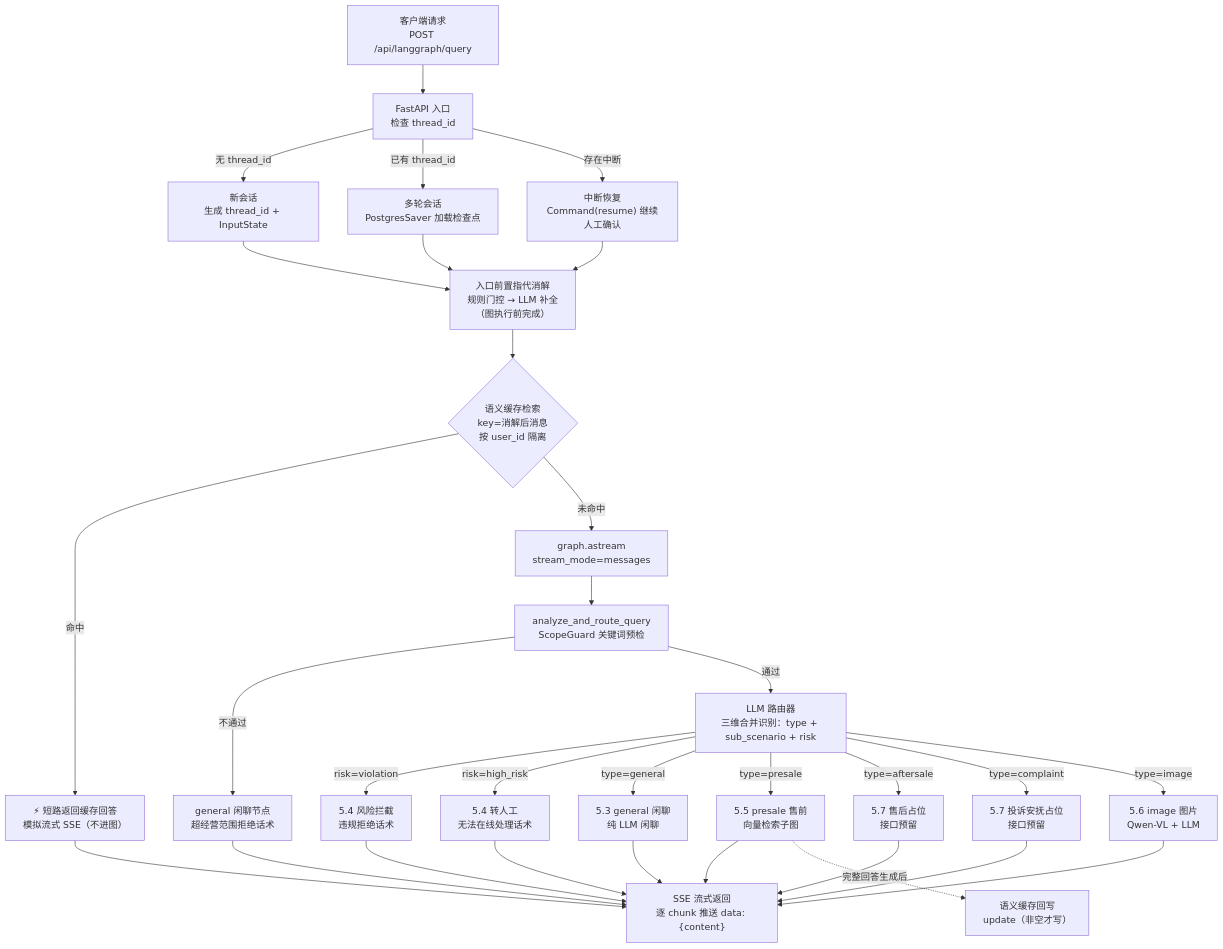
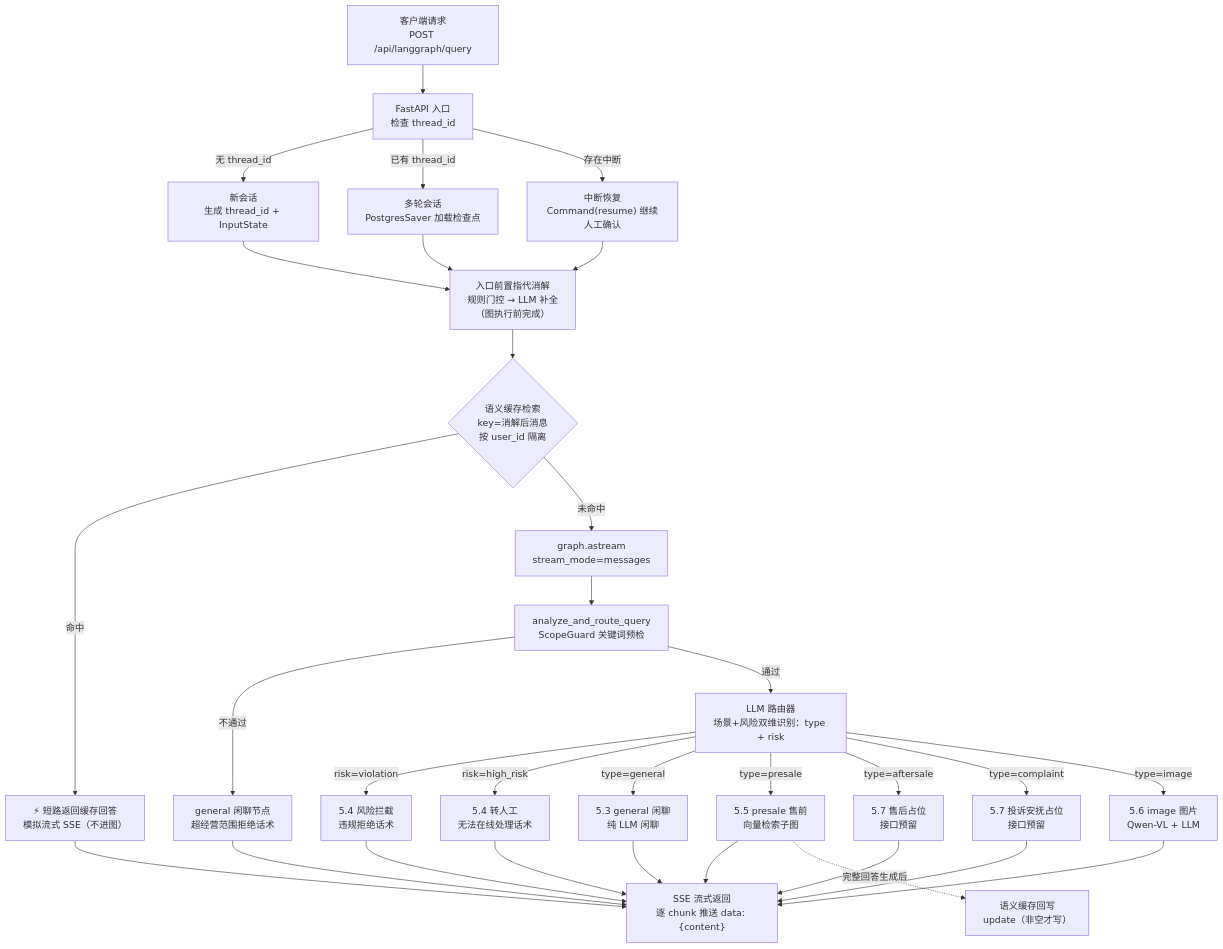
One commit to blowt16/SmartCS-Agent changed the seventh of 15 diagrams in docs/PROJECT_ANALYSIS.md. Above: the diagram before and after it, drawn with Mermaid. The commit also changed other lines of this file and 7 other files, not shown here.

First line of the commit message:
refactor: 移除 sub_scenario 维度（简化设计）——售后子场景判断下沉售后 Agent

````diff
--- a/docs/PROJECT_ANALYSIS.md
+++ b/docs/PROJECT_ANALYSIS.md
@@ -443,38 +442,38 @@
 ```mermaid
 flowchart TD
     C["客户端请求<br/>POST /api/langgraph/query"]
     C --> API["FastAPI 入口<br/>检查 thread_id"]
     API -->|"无 thread_id"| NEW["新会话<br/>生成 thread_id + InputState"]
     API -->|"已有 thread_id"| CTD["多轮会话<br/>PostgresSaver 加载检查点"]
     API -->|"存在中断"| RSM["中断恢复<br/>Command(resume) 继续人工确认"]
     NEW --> RESOLVE["入口前置指代消解<br/>规则门控 → LLM 补全<br/>（图执行前完成）"]
     CTD --> RESOLVE
     RSM --> RESOLVE
 
     RESOLVE --> CACHE{"语义缓存检索<br/>key=消解后消息<br/>按 user_id 隔离"}
     CACHE -->|"命中"| HIT["⚡ 短路返回缓存回答<br/>模拟流式 SSE（不进图）"]
     CACHE -->|"未命中"| STREAM["graph.astream<br/>stream_mode=messages"]
     HIT --> SSE
 
     STREAM --> SG["analyze_and_route_query<br/>ScopeGuard 关键词预检"]
     SG -->|"不通过"| GQ["general 闲聊节点<br/>超经营范围拒绝话术"]
-    SG -->|"通过"| RT["LLM 路由器<br/>三维合并识别：type + sub_scenario + risk"]
+    SG -->|"通过"| RT["LLM 路由器<br/>场景+风险双维识别：type + risk"]
 
     RT -->|"risk=violation"| RISK["5.4 风险拦截<br/>违规拒绝话术"]
     RT -->|"risk=high_risk"| TRANS["5.4 转人工<br/>无法在线处理话术"]
     RT -->|"type=general"| GEN["5.3 general 闲聊<br/>纯 LLM 闲聊"]
     RT -->|"type=presale"| KG["5.5 presale 售前<br/>向量检索子图"]
     RT -->|"type=aftersale"| PLACE["5.7 售后占位<br/>接口预留"]
     RT -->|"type=complaint"| PLACE2["5.7 投诉安抚占位<br/>接口预留"]
     RT -->|"type=image"| IMG["5.6 image 图片<br/>Qwen-VL + LLM"]
 
     GEN --> SSE["SSE 流式返回<br/>逐 chunk 推送 data: {content}"]
     RISK --> SSE
     TRANS --> SSE
     KG --> SSE
     PLACE --> SSE
     PLACE2 --> SSE
     IMG --> SSE
     GQ --> SSE
     KG -.->|"完整回答生成后"| WRITEBACK["语义缓存回写<br/>update（非空才写）"]
 ```
````
